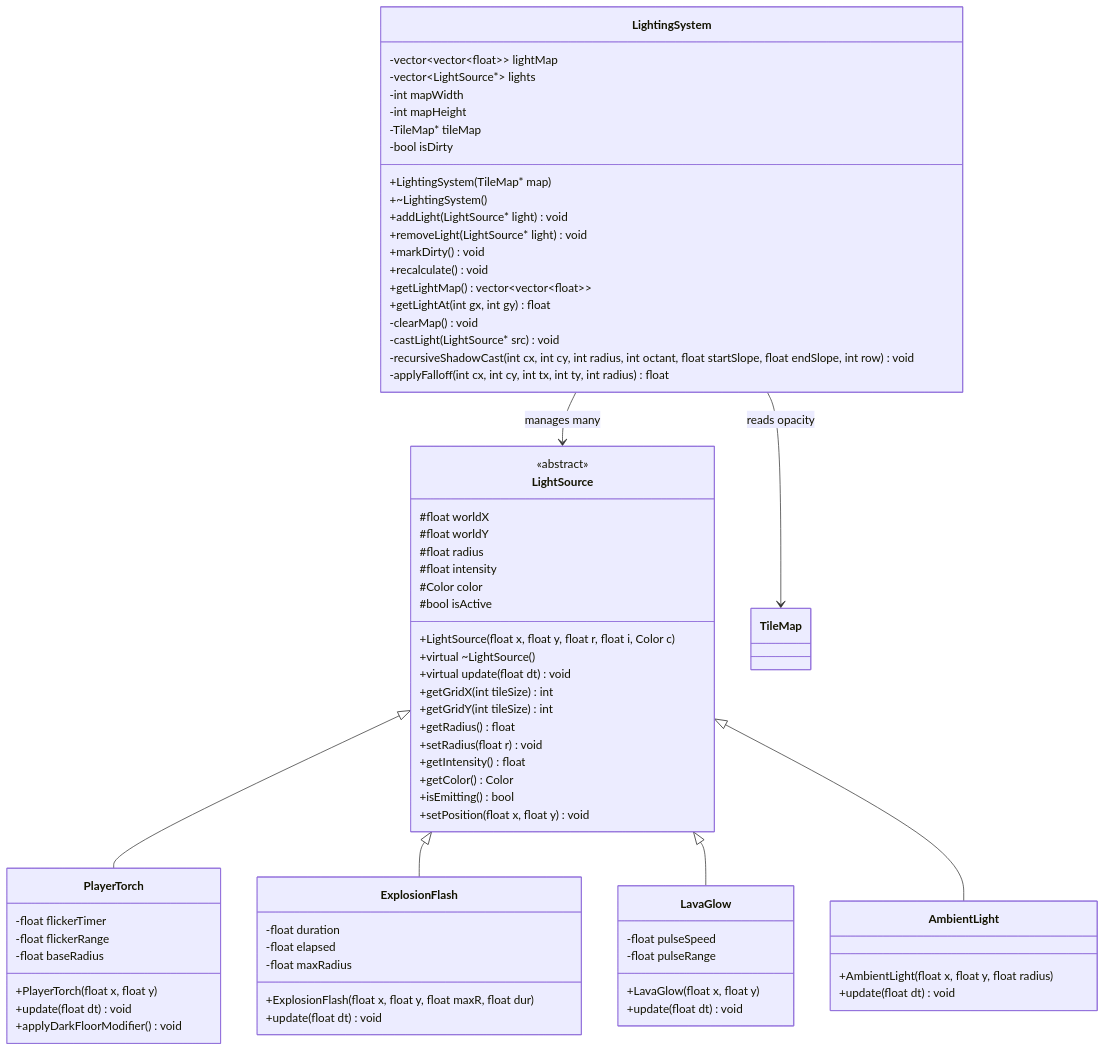
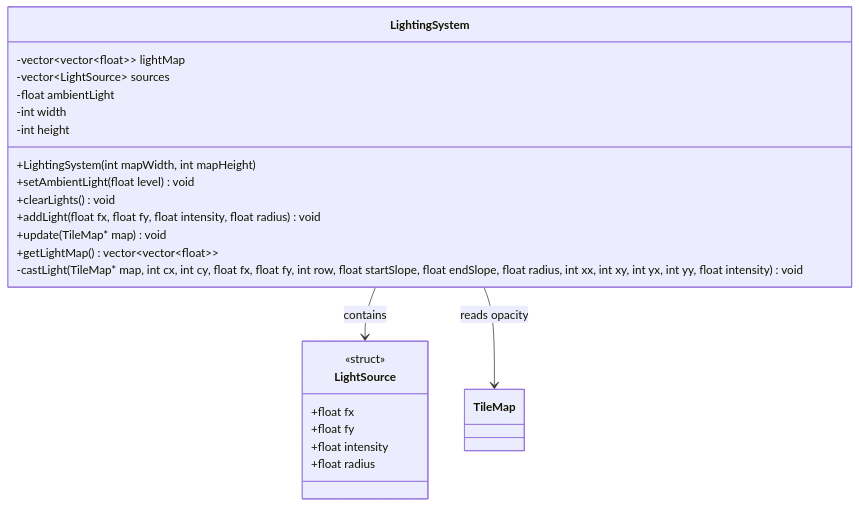
The fifth of 8 diagrams in project_plan.md (Gasmask-Chan/CS202-Cavern-Descent), drawn with Mermaid before and after one commit. The commit also changed other lines of this file, not shown here.

Commit message:
refactor: update project_plan.md to make it consistent with the code

````diff
--- a/project_plan.md
+++ b/project_plan.md
@@ -949,80 +949,28 @@
 ```mermaid
 classDiagram
+    class LightSource {
+        <<struct>>
+        +float fx
+        +float fy
+        +float intensity
+        +float radius
+    }
+
     class LightingSystem {
         -vector~vector~float~~ lightMap
-        -vector~LightSource*~ lights
-        -int mapWidth
-        -int mapHeight
-        -TileMap* tileMap
-        -bool isDirty
-        +LightingSystem(TileMap* map)
-        +~LightingSystem()
-        +addLight(LightSource* light) void
-        +removeLight(LightSource* light) void
-        +markDirty() void
-        +recalculate() void
+        -vector~LightSource~ sources
+        -float ambientLight
+        -int width
+        -int height
+        +LightingSystem(int mapWidth, int mapHeight)
+        +setAmbientLight(float level) void
+        +clearLights() void
+        +addLight(float fx, float fy, float intensity, float radius) void
+        +update(TileMap* map) void
         +getLightMap() vector~vector~float~~
-        +getLightAt(int gx, int gy) float
-        -clearMap() void
-        -castLight(LightSource* src) void
-        -recursiveShadowCast(int cx, int cy, int radius, int octant, float startSlope, float endSlope, int row) void
-        -applyFalloff(int cx, int cy, int tx, int ty, int radius) float
+        -castLight(TileMap* map, int cx, int cy, float fx, float fy, int row, float startSlope, float endSlope, float radius, int xx, int xy, int yx, int yy, float intensity) void
     }
-
-    class LightSource {
-        <<abstract>>
-        #float worldX
-        #float worldY
-        #float radius
-        #float intensity
-        #Color color
-        #bool isActive
-        +LightSource(float x, float y, float r, float i, Color c)
-        +virtual ~LightSource()
-        +virtual update(float dt) void
-        +getGridX(int tileSize) int
-        +getGridY(int tileSize) int
-        +getRadius() float
-        +setRadius(float r) void
-        +getIntensity() float
-        +getColor() Color
-        +isEmitting() bool
-        +setPosition(float x, float y) void
-    }
-
-    class PlayerTorch {
-        -float flickerTimer
-        -float flickerRange
-        -float baseRadius
-        +PlayerTorch(float x, float y)
-        +update(float dt) void
-        +applyDarkFloorModifier() void
-    }
-
-    class ExplosionFlash {
-        -float duration
-        -float elapsed
-        -float maxRadius
-        +ExplosionFlash(float x, float y, float maxR, float dur)
-        +update(float dt) void
-    }
-
-    class LavaGlow {
-        -float pulseSpeed
-        -float pulseRange
-        +LavaGlow(float x, float y)
-        +update(float dt) void
-    }
-
-    class AmbientLight {
-        +AmbientLight(float x, float y, float radius)
-        +update(float dt) void
-    }
-
-    LightingSystem --> LightSource : manages many
+    
+    LightingSystem --> LightSource : contains
     LightingSystem --> TileMap : reads opacity
-    LightSource <|-- PlayerTorch
-    LightSource <|-- ExplosionFlash
-    LightSource <|-- LavaGlow
-    LightSource <|-- AmbientLight
 ```
````
